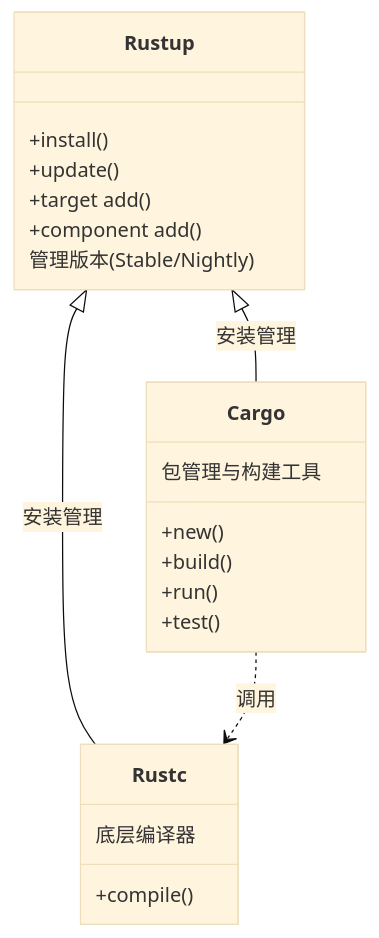
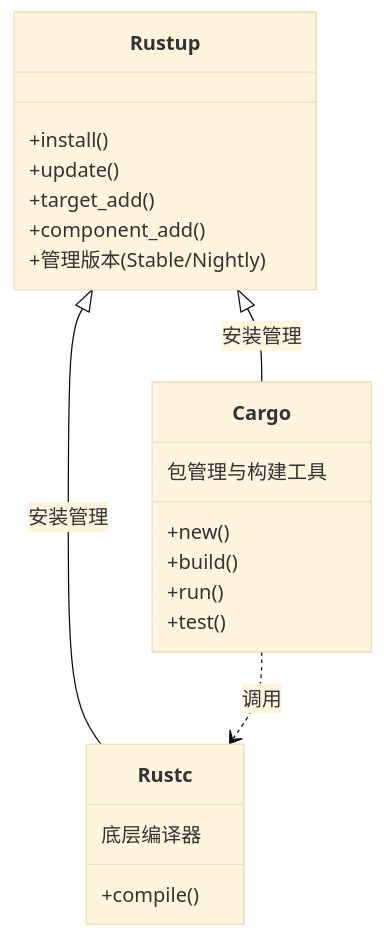
The third of 5 diagrams in Day01-15/01.Introduction/README.md (byteappua/rust-100), drawn with Mermaid (base theme) before and after one commit. The commit also changed other lines of this file and 1 other file, not shown here.

Commit message:
feat: 添加介绍和变量与类型部分的初始README文件

````diff
--- a/Day01-15/01.Introduction/README.md
+++ b/Day01-15/01.Introduction/README.md
@@ -90,25 +90,25 @@
 ```mermaid
 classDiagram
     class Rustup {
         +install()
         +update()
-        +target add()
-        +component add()
-        管理版本 (Stable/Nightly)
+        +target_add()
+        +component_add()
+        +管理版本(Stable/Nightly)
     }
     class Cargo {
         +new()
         +build()
         +run()
         +test()
         包管理与构建工具
     }
     class Rustc {
         +compile()
         底层编译器
     }
     
     Rustup <|-- Cargo : 安装管理
     Rustup <|-- Rustc : 安装管理
     Cargo ..> Rustc : 调用
 ```
````
